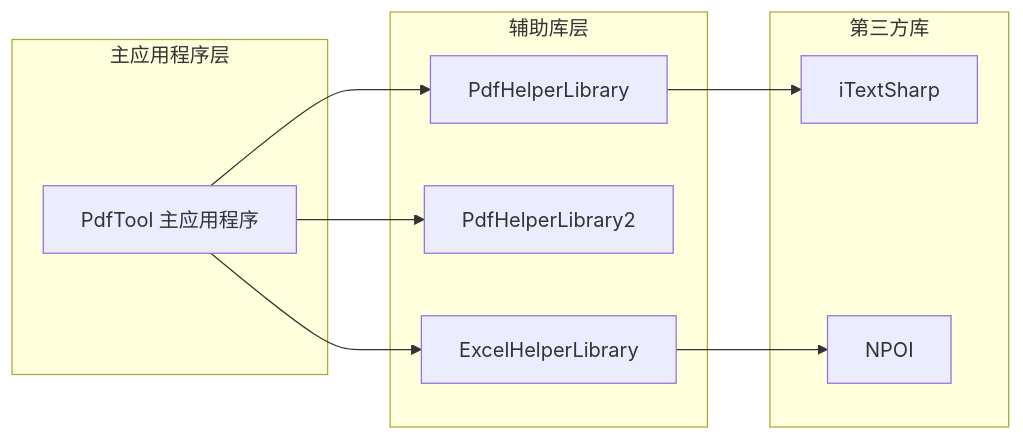
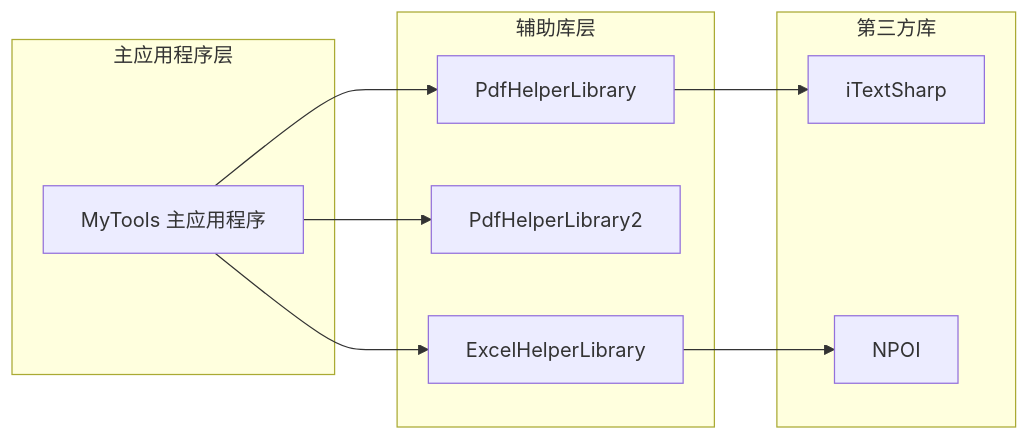
One commit to db300/PdfTool changed the second of 3 diagrams in .qoder/repowiki/zh/content/项目概述.md. Above: the diagram before and after it, drawn with Mermaid. The commit also changed other lines of this file and 4 other files, not shown here.

````diff
--- a/.qoder/repowiki/zh/content/项目概述.md
+++ b/.qoder/repowiki/zh/content/项目概述.md
@@ -128,20 +128,20 @@
 ```mermaid
 graph LR
-A[PdfTool 主应用程序] --> B[PdfHelperLibrary]
+A[MyTools 主应用程序] --> B[PdfHelperLibrary]
 A --> C[PdfHelperLibrary2]
 A --> D[ExcelHelperLibrary]
 B --> E[iTextSharp]
 D --> F[NPOI]
 subgraph "主应用程序层"
 A
 end
 subgraph "辅助库层"
 B
 C
 D
 end
 subgraph "第三方库"
 E
 F
 end
 ```
````
